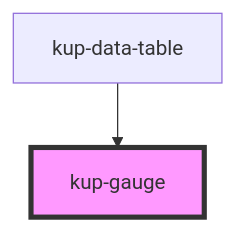
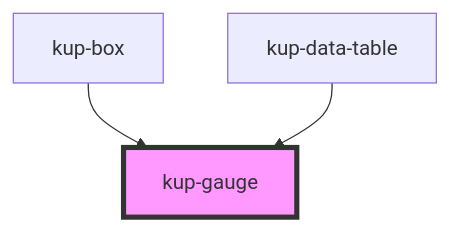
One commit to smeup/ketchup changed the diagram in packages/ketchup/src/components/kup-gauge/readme.md. Above: the diagram before and after it, drawn with Mermaid. The commit also changed other lines of this file and 8 other files, not shown here.

Commit message:
kup-box: managed knob cell and gauge cell; kup-data-table: managed knob cell; fix determin cell type by smeupObject and/or shape

````diff
--- a/packages/ketchup/src/components/kup-gauge/readme.md
+++ b/packages/ketchup/src/components/kup-gauge/readme.md
@@ -122,5 +123,6 @@
 ```mermaid
 graph TD;
+  kup-box --> kup-gauge
   kup-data-table --> kup-gauge
   style kup-gauge fill:#f9f,stroke:#333,stroke-width:4px
 ```
````
